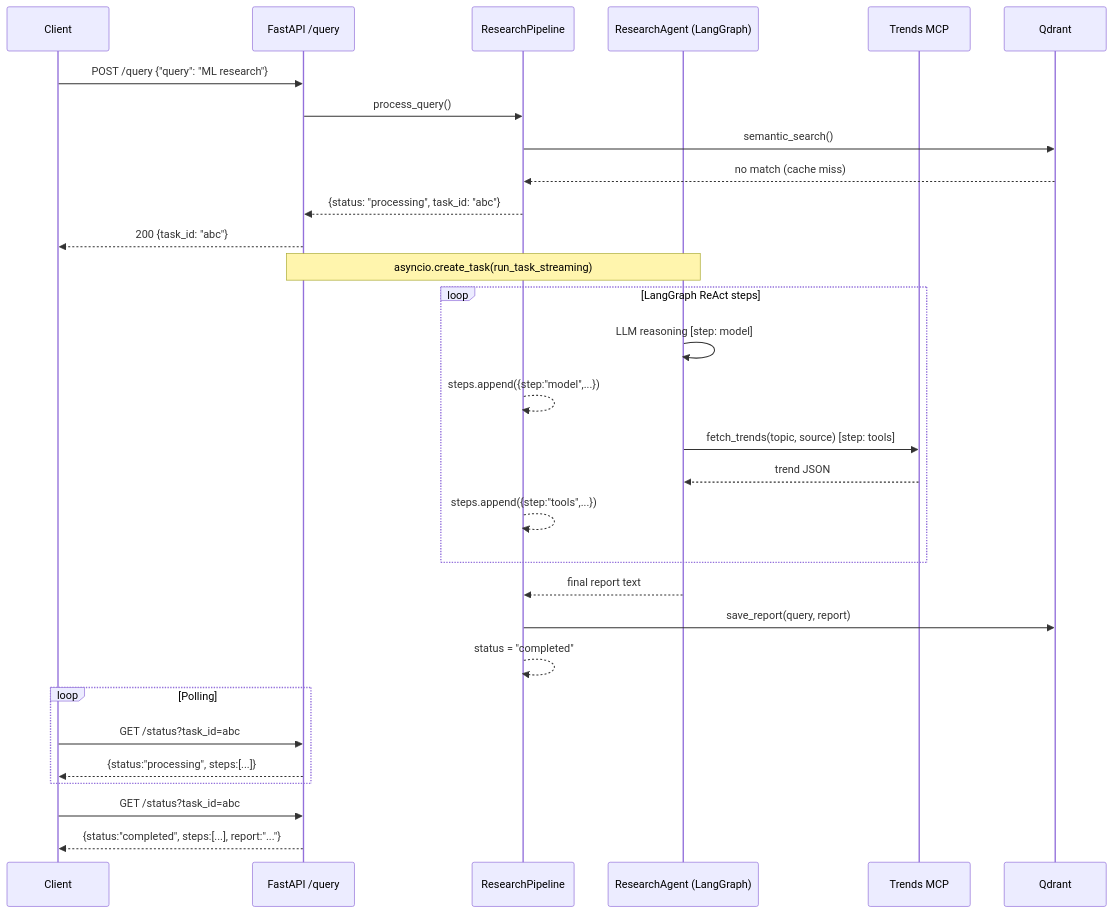
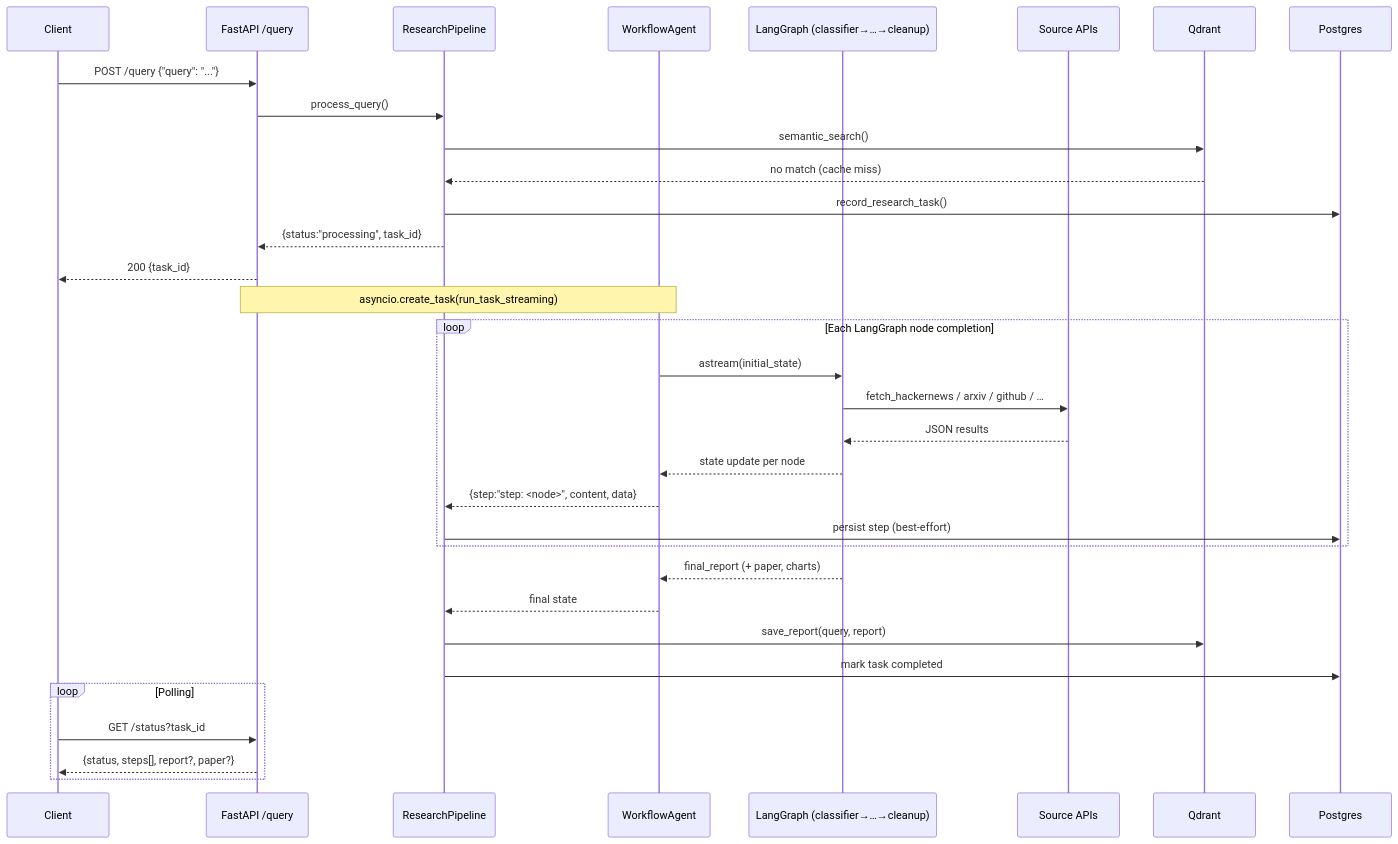
Before and after one commit to nishant5790/aion-ai-research: the second of 5 diagrams in backend/docs/architecture.md, drawn with Mermaid. The commit also changed other lines of this file and 3 other files, not shown here.

````diff
--- a/backend/docs/architecture.md
+++ b/backend/docs/architecture.md
@@ -51,38 +58,40 @@
 ```mermaid
 sequenceDiagram
     participant C as Client
     participant API as FastAPI /query
     participant Orch as ResearchPipeline
-    participant Agent as ResearchAgent (LangGraph)
-    participant MCP as Trends MCP
-    participant DB as Qdrant
+    participant Agent as WorkflowAgent
+    participant LG as LangGraph (classifier→…→cleanup)
+    participant SRC as Source APIs
+    participant Q as Qdrant
+    participant PG as Postgres
 
-    C->>API: POST /query {"query": "ML research"}
+    C->>API: POST /query {"query": "..."}
     API->>Orch: process_query()
-    Orch->>DB: semantic_search()
-    DB-->>Orch: no match (cache miss)
-    Orch-->>API: {status: "processing", task_id: "abc"}
-    API-->>C: 200 {task_id: "abc"}
+    Orch->>Q: semantic_search()
+    Q-->>Orch: no match (cache miss)
+    Orch->>PG: record_research_task()
+    Orch-->>API: {status:"processing", task_id}
+    API-->>C: 200 {task_id}
 
     Note over API,Agent: asyncio.create_task(run_task_streaming)
 
-    loop LangGraph ReAct steps
-        Agent->>Agent: LLM reasoning  [step: model]
-        Orch-->>Orch: steps.append({step:"model",...})
-        Agent->>MCP: fetch_trends(topic, source) [step: tools]
-        MCP-->>Agent: trend JSON
-        Orch-->>Orch: steps.append({step:"tools",...})
+    loop Each LangGraph node completion
+        Agent->>LG: astream(initial_state)
+        LG->>SRC: fetch_hackernews / arxiv / github / …
+        SRC-->>LG: JSON results
+        LG-->>Agent: state update per node
+        Agent-->>Orch: {step:"step: <node>", content, data}
+        Orch->>PG: persist step (best-effort)
     end
 
-    Agent-->>Orch: final report text
-    Orch->>DB: save_report(query, report)
-    Orch-->>Orch: status = "completed"
+    LG-->>Agent: final_report (+ paper, charts)
+    Agent-->>Orch: final state
+    Orch->>Q: save_report(query, report)
+    Orch->>PG: mark task completed
 
     loop Polling
-        C->>API: GET /status?task_id=abc
-        API-->>C: {status:"processing", steps:[...]}
+        C->>API: GET /status?task_id
+        API-->>C: {status, steps[], report?, paper?}
     end
-
-    C->>API: GET /status?task_id=abc
-    API-->>C: {status:"completed", steps:[...], report:"..."}
 ```
````
